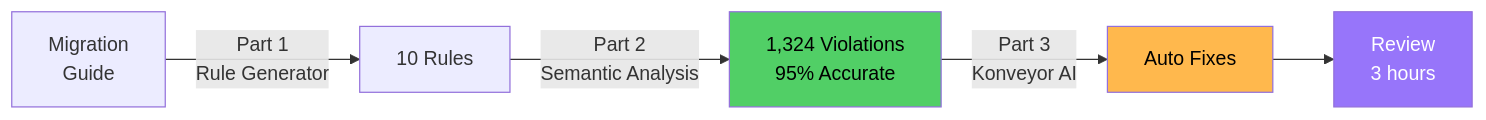
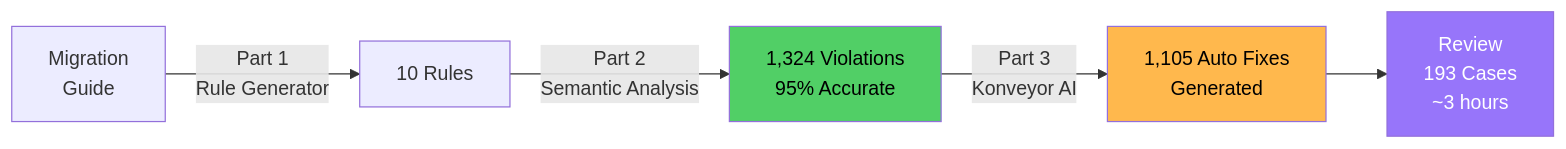
Before and after one commit to tsanders-rh/tsanders-rh.github.io: the diagram in _drafts/automating-patternfly-fixes-konveyor-ai.md, drawn with Mermaid. The commit also changed other lines of this file and 1 other file, not shown here.

First line of the commit message:
Add table of contents and collapsible sections to Part 3 article

```diff
--- a/_drafts/automating-patternfly-fixes-konveyor-ai.md
+++ b/_drafts/automating-patternfly-fixes-konveyor-ai.md
@@ -56,11 +94,11 @@
 <div class="mermaid">
 graph LR
     A[Migration<br/>Guide] -->|Part 1<br/>Rule Generator| B[10 Rules]
     B -->|Part 2<br/>Semantic Analysis| C[1,324 Violations<br/>95% Accurate]
-    C -->|Part 3<br/>Konveyor AI| D[Auto Fixes]
-    D --> E[Review<br/>3 hours]
+    C -->|Part 3<br/>Konveyor AI| D[1,105 Auto Fixes<br/>Generated]
+    D --> E[Review<br/>193 Cases<br/>~3 hours]
 
     style C fill:#51cf66,color:#000
     style D fill:#ffb84d,color:#000
     style E fill:#9775fa,color:#fff
 </div>
```
